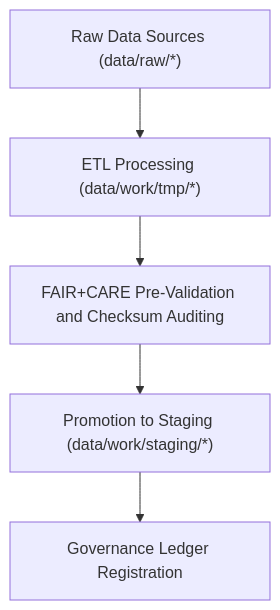
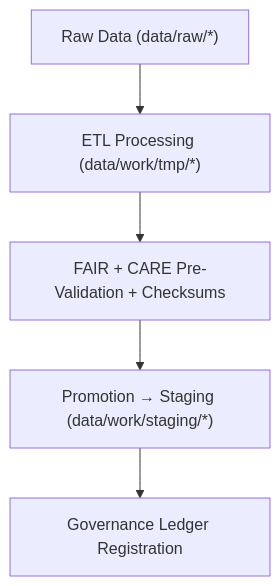
Before and after one commit to bartytime4life/Kansas-Frontier-Matrix: the diagram in data/work/tmp/README.md, drawn with Mermaid. The commit also changed other lines of this file, not shown here.

````diff
--- a/data/work/tmp/README.md
+++ b/data/work/tmp/README.md
@@ -66,7 +67,7 @@
 ```mermaid
 flowchart TD
-    A["Raw Data Sources (data/raw/*)"] --> B["ETL Processing (data/work/tmp/*)"]
-    B --> C["FAIR+CARE Pre-Validation and Checksum Auditing"]
-    C --> D["Promotion to Staging (data/work/staging/*)"]
+    A["Raw Data (data/raw/*)"] --> B["ETL Processing (data/work/tmp/*)"]
+    B --> C["FAIR + CARE Pre-Validation + Checksums"]
+    C --> D["Promotion → Staging (data/work/staging/*)"]
     D --> E["Governance Ledger Registration"]
 ```
````
